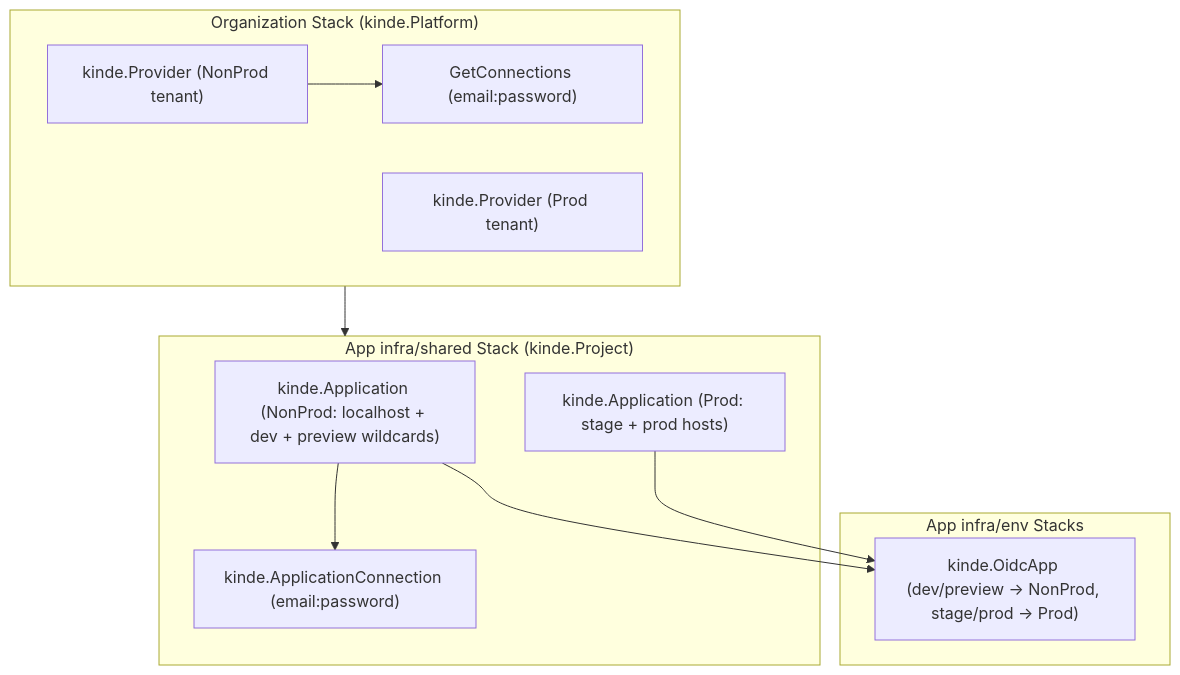
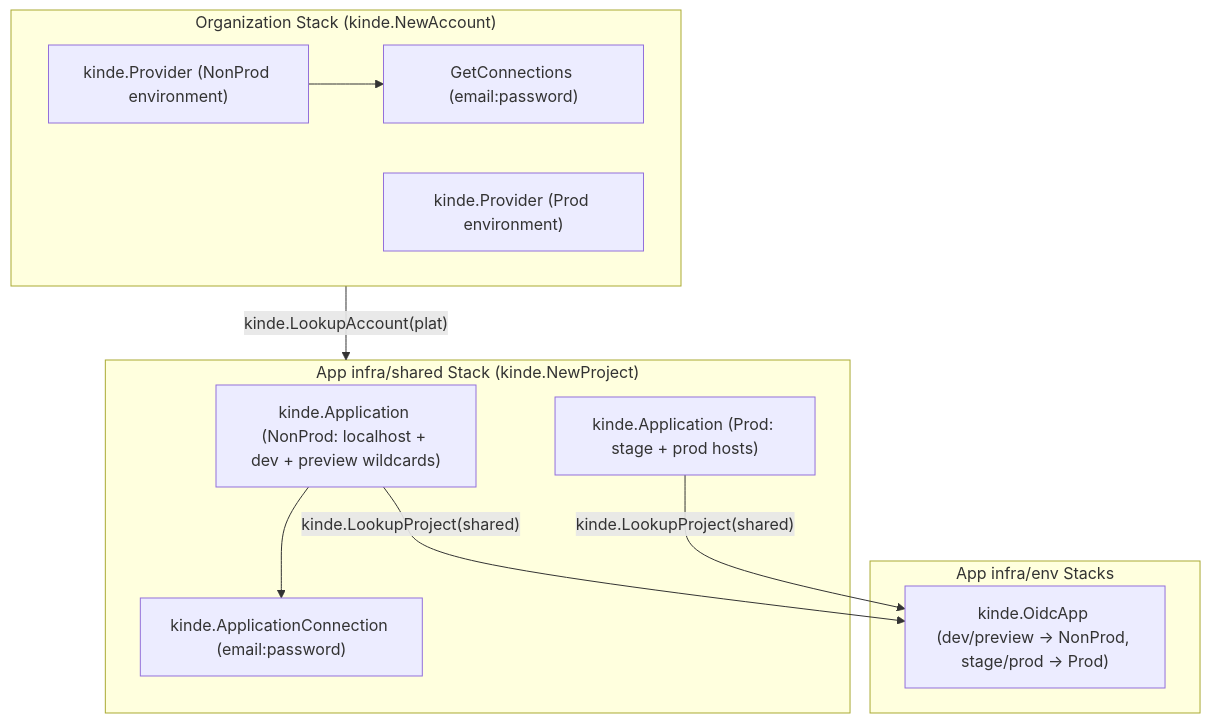
The first of 2 diagrams in docs/architecture/providers/kinde/index.md (cloudvoyant/openbase), drawn with Mermaid before and after one commit. The commit also changed other lines of this file and 64 other files, not shown here.

First line of the commit message:
refactor(components): adopt NewAccount and typed cross-stack lookups

````diff
--- a/docs/architecture/providers/kinde/index.md
+++ b/docs/architecture/providers/kinde/index.md
@@ -25,24 +25,24 @@
 ```mermaid
 flowchart TD
-    subgraph Org["Organization Stack (kinde.Platform)"]
-        NonProdProv["kinde.Provider (NonProd tenant)"]
-        ProdProv["kinde.Provider (Prod tenant)"]
+    subgraph Org["Organization Stack (kinde.NewAccount)"]
+        NonProdProv["kinde.Provider (NonProd environment)"]
+        ProdProv["kinde.Provider (Prod environment)"]
         ConnLookup["GetConnections (email:password)"]
         NonProdProv --> ConnLookup
     end
 
-    subgraph App["App infra/shared Stack (kinde.Project)"]
+    subgraph App["App infra/shared Stack (kinde.NewProject)"]
         NonProdApp["kinde.Application (NonProd: localhost + dev + preview wildcards)"]
         NonProdConn["kinde.ApplicationConnection (email:password)"]
         ProdApp["kinde.Application (Prod: stage + prod hosts)"]
         NonProdApp --> NonProdConn
     end
 
     subgraph Env["App infra/env Stacks"]
         EnvOidc["kinde.OidcApp (dev/preview -> NonProd, stage/prod -> Prod)"]
     end
 
-    Org --> App
-    NonProdApp --> EnvOidc
-    ProdApp --> EnvOidc
+    Org -->|"kinde.LookupAccount(plat)"| App
+    NonProdApp -->|"kinde.LookupProject(shared)"| EnvOidc
+    ProdApp -->|"kinde.LookupProject(shared)"| EnvOidc
 ```
````
